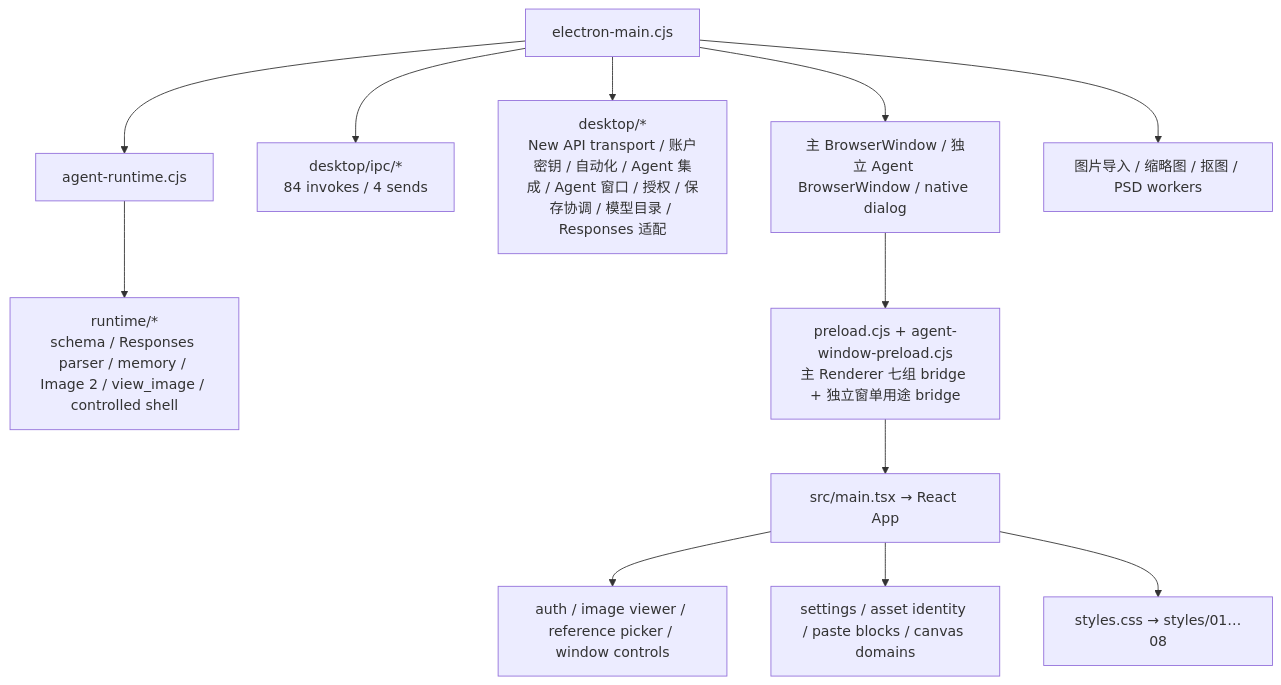
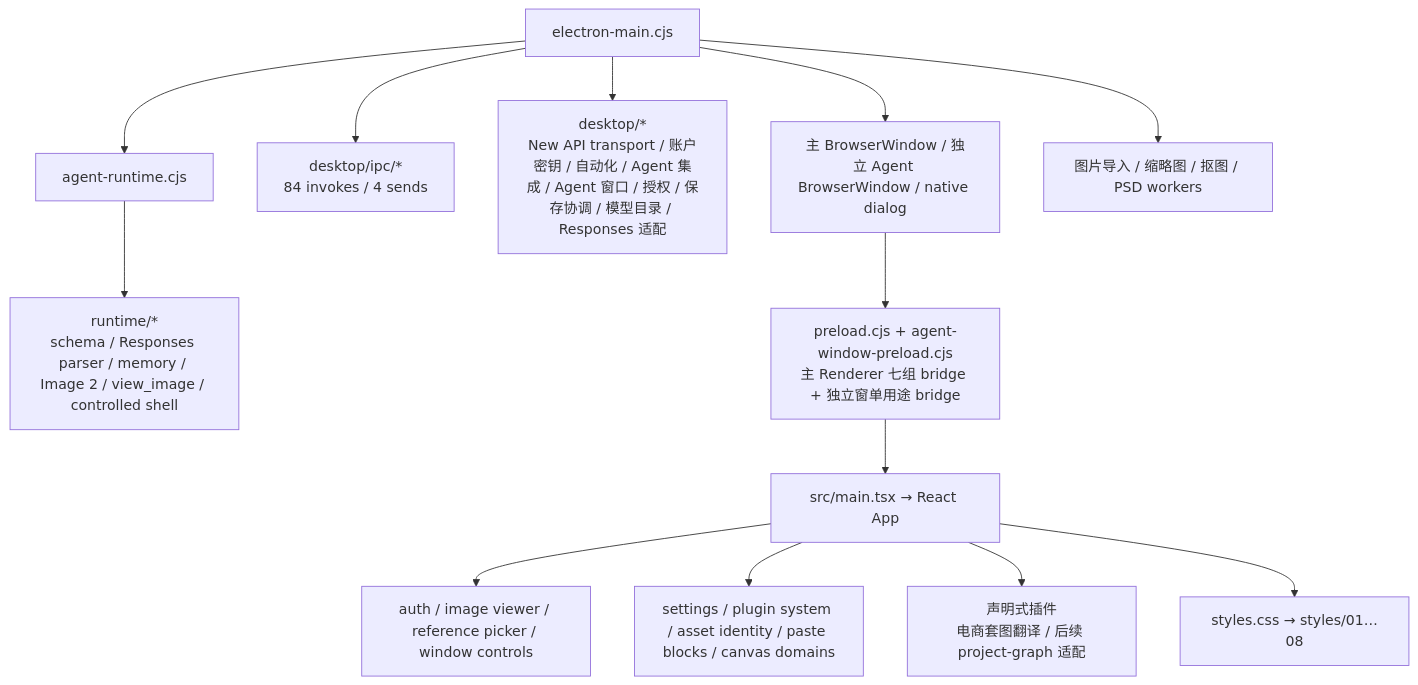
One commit to naMeaning/SparkAI-WorkSpace changed the second of 2 diagrams in WORKSPACE_CONTEXT_MAP.md. Above: the diagram before and after it, drawn with Mermaid. The commit also changed other lines of this file and 21 other files, not shown here.

````diff
--- a/WORKSPACE_CONTEXT_MAP.md
+++ b/WORKSPACE_CONTEXT_MAP.md
@@ -49,14 +49,15 @@
 ```mermaid
 flowchart TD
   Entry["electron-main.cjs"] --> Window["主 BrowserWindow / 独立 Agent BrowserWindow / native dialog"]
   Entry --> Ipc["desktop/ipc/*\n84 invokes / 4 sends"]
   Entry --> DesktopModules["desktop/*\nNew API transport / 账户密钥 / 自动化 / Agent 集成 / Agent 窗口 / 授权 / 保存协调 / 模型目录 / Responses 适配"]
   Entry --> Runtime["agent-runtime.cjs"]
   Runtime --> RuntimeModules["runtime/*\nschema / Responses parser / memory / Image 2 / view_image / controlled shell"]
   Entry --> Workers["图片导入 / 缩略图 / 抠图 / PSD workers"]
   Window --> Preload["preload.cjs + agent-window-preload.cjs\n主 Renderer 七组 bridge + 独立窗单用途 bridge"]
   Preload --> Renderer["src/main.tsx → React App"]
   Renderer --> SurfaceModules["auth / image viewer / reference picker / window controls"]
-  Renderer --> DomainModules["settings / asset identity / paste blocks / canvas domains"]
+  Renderer --> DomainModules["settings / plugin system / asset identity / paste blocks / canvas domains"]
+  Renderer --> PluginModules["声明式插件\n电商套图翻译 / 后续 project-graph 适配"]
   Renderer --> Styles["styles.css → styles/01…08"]
 ```
````
